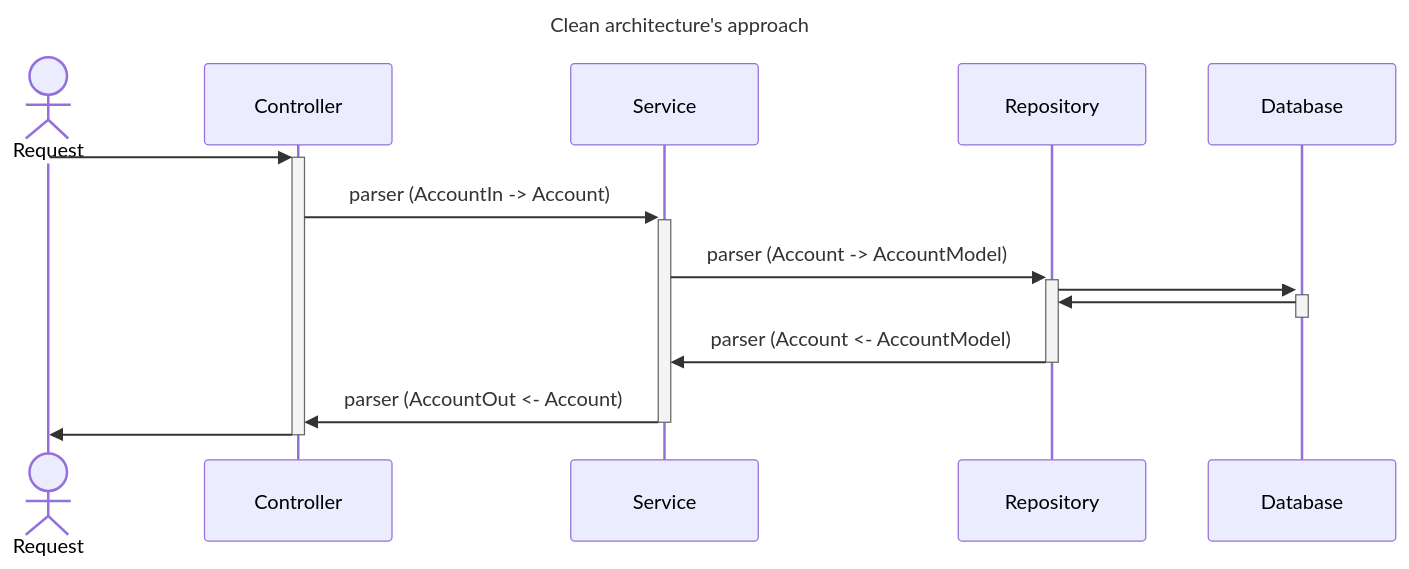
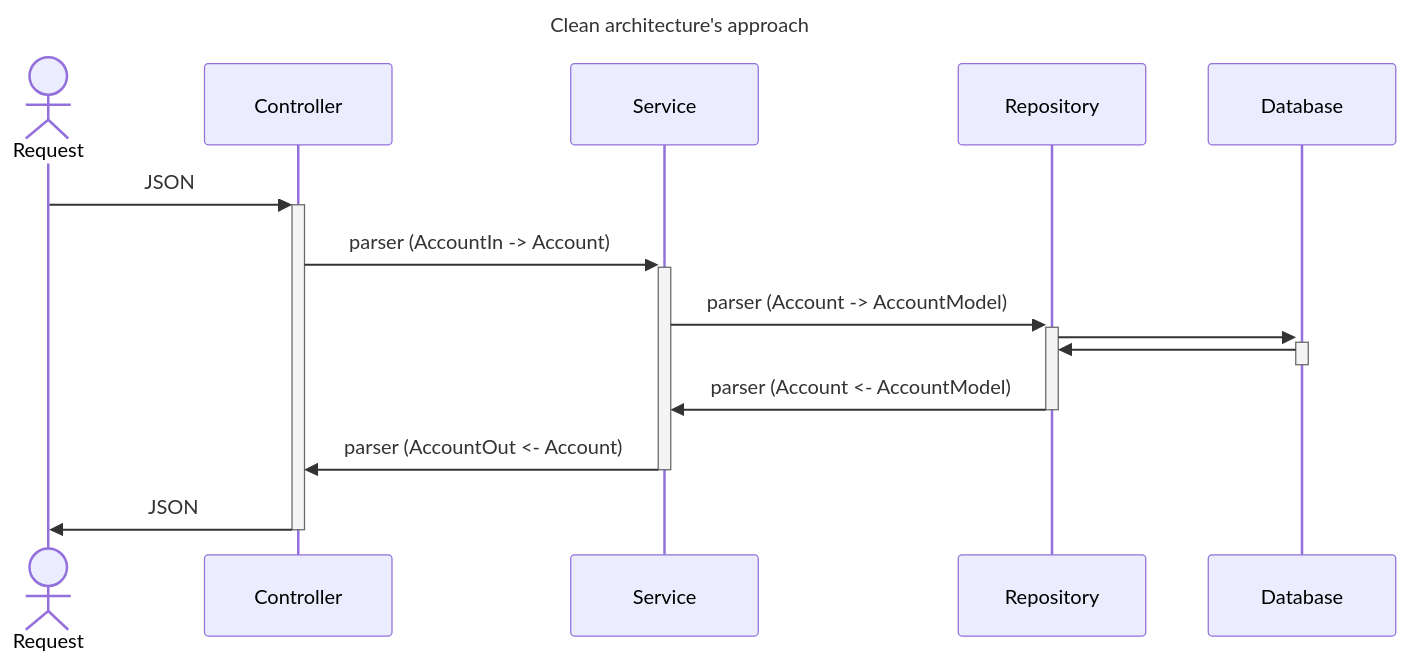
The second of 2 diagrams in docs/hands-on/1/index.md (Insper/platform), drawn with Mermaid before and after one commit. The commit also changed other lines of this file and 5 other files, not shown here.

````diff
--- a/docs/hands-on/1/index.md
+++ b/docs/hands-on/1/index.md
@@ -84,13 +84,13 @@
 ``` mermaid
 sequenceDiagram
     title Clean architecture's approach 
     Actor Request
-    Request ->>+ Controller: 
+    Request ->>+ Controller: JSON
     Controller ->>+ Service: parser (AccountIn -> Account)
     Service ->>+ Repository: parser (Account -> AccountModel)
     Repository ->>+ Database: 
     Database ->>- Repository: 
     Repository ->>- Service: parser (Account <- AccountModel)
     Service ->>- Controller: parser (AccountOut <- Account)
-    Controller ->>- Request: 
+    Controller ->>- Request: JSON
 ```
````
